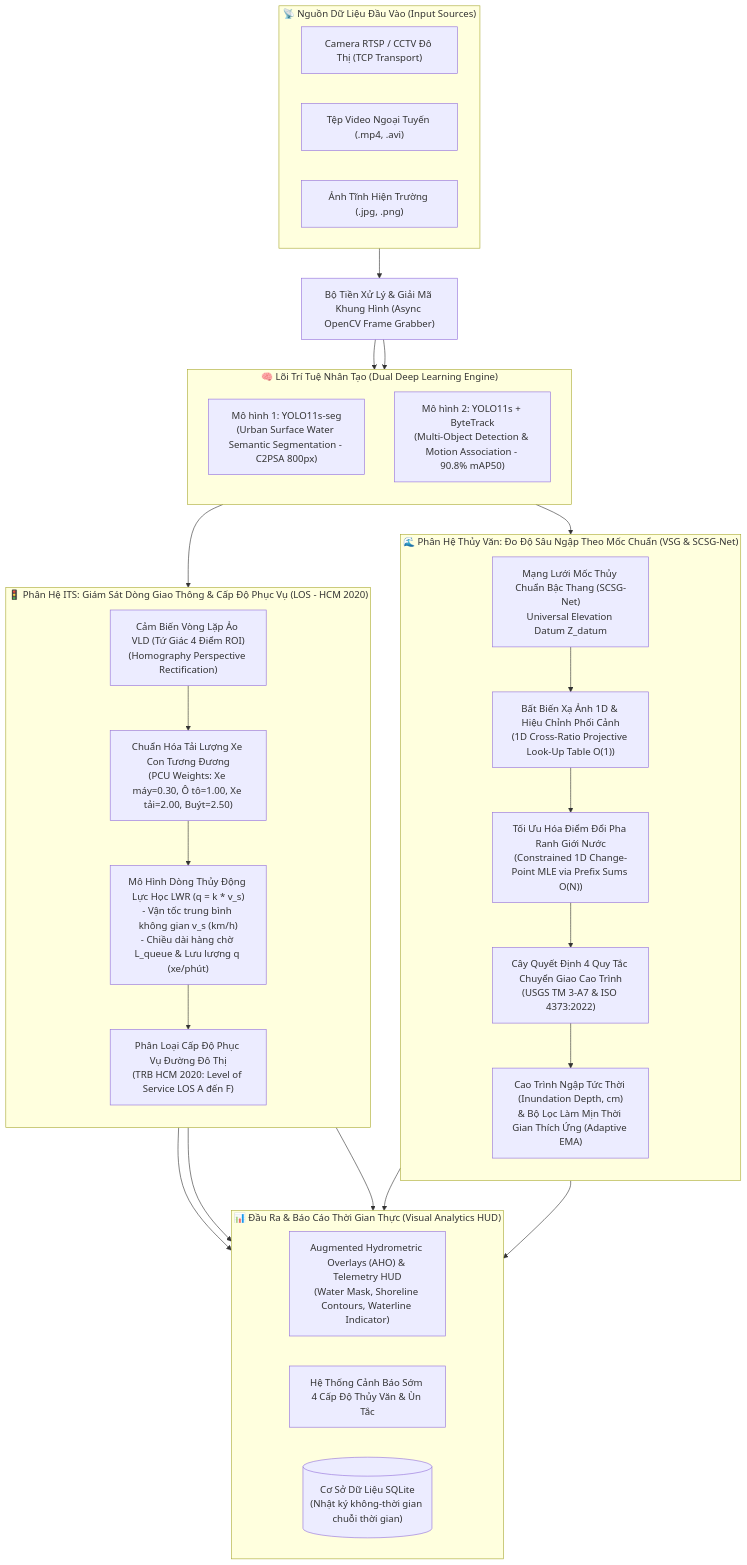
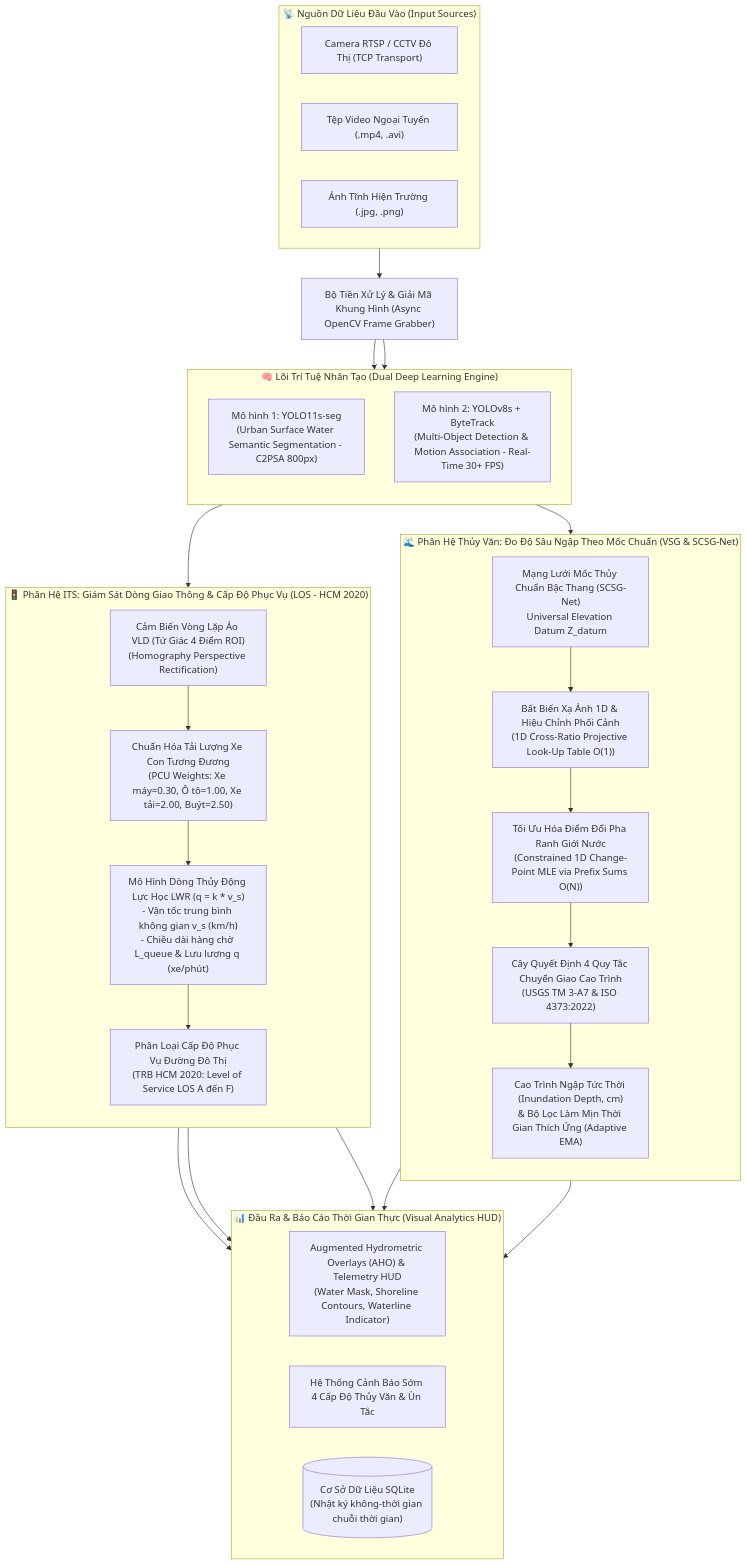
One commit to NguyenThanhThiet87/-AI-Urban-Flood-Traffic changed the diagram in README.md. Above: the diagram before and after it, drawn with Mermaid. The commit also changed other lines of this file and 2 other files, not shown here.

Commit message:
refactor: switch traffic monitoring back to YOLOv8s for high recall vehicle tracking and 640px real-time inference

````diff
--- a/README.md
+++ b/README.md
@@ -42,67 +42,67 @@
 ```mermaid
 flowchart TD
     %% Input Sources
     subgraph INPUT["📡 Nguồn Dữ Liệu Đầu Vào (Input Sources)"]
         direction LR
         IN_RTSP["Camera RTSP / CCTV Đô Thị (TCP Transport)"]
         IN_VID["Tệp Video Ngoại Tuyến (.mp4, .avi)"]
         IN_IMG["Ảnh Tĩnh Hiện Trường (.jpg, .png)"]
     end
 
     INPUT --> PREPROC["Bộ Tiền Xử Lý & Giải Mã Khung Hình (Async OpenCV Frame Grabber)"]
 
     %% AI Core
     subgraph AI_CORE["🧠 Lõi Trí Tuệ Nhân Tạo (Dual Deep Learning Engine)"]
         direction TB
         YOLO_SEG["Mô hình 1: YOLO11s-seg<br/>(Urban Surface Water Semantic Segmentation - C2PSA 800px)"]
-        YOLO_DET["Mô hình 2: YOLO11s + ByteTrack<br/>(Multi-Object Detection & Motion Association - 90.8% mAP50)"]
+        YOLO_DET["Mô hình 2: YOLOv8s + ByteTrack<br/>(Multi-Object Detection & Motion Association - Real-Time 30+ FPS)"]
     end
 
     PREPROC --> YOLO_SEG
     PREPROC --> YOLO_DET
 
     %% Phân hệ 1: Đo độ sâu nước ngập
     subgraph SUB1["🌊 Phân Hệ Thủy Văn: Đo Độ Sâu Ngập Theo Mốc Chuẩn (VSG & SCSG-Net)"]
         direction TB
         GAUGE["Mạng Lưới Mốc Thủy Chuẩn Bậc Thang (SCSG-Net)<br/>Universal Elevation Datum Z_datum"]
         PROJ_LUT["Bất Biến Xạ Ảnh 1D & Hiệu Chỉnh Phối Cảnh<br/>(1D Cross-Ratio Projective Look-Up Table O(1))"]
         CHANGE_POINT["Tối Ưu Hóa Điểm Đổi Pha Ranh Giới Nước<br/>(Constrained 1D Change-Point MLE via Prefix Sums O(N))"]
         CASCADING["Cây Quyết Định 4 Quy Tắc Chuyển Giao Cao Trình<br/>(USGS TM 3-A7 & ISO 4373:2022)"]
         FLOOD_DEPTH["Cao Trình Ngập Tức Thời (Inundation Depth, cm)<br/>& Bộ Lọc Làm Mịn Thời Gian Thích Ứng (Adaptive EMA)"]
 
         GAUGE --> PROJ_LUT
         PROJ_LUT --> CHANGE_POINT
         CHANGE_POINT --> CASCADING
         CASCADING --> FLOOD_DEPTH
     end
 
     %% Phân hệ 2: Đo độ ùn tắc giao thông
     subgraph SUB2["🚦 Phân Hệ ITS: Giám Sát Dòng Giao Thông & Cấp Độ Phục Vụ (LOS - HCM 2020)"]
         direction TB
         ROI["Cảm Biến Vòng Lặp Ảo VLD (Tứ Giác 4 Điểm ROI)<br/>(Homography Perspective Rectification)"]
         PCU["Chuẩn Hóa Tải Lượng Xe Con Tương Đương<br/>(PCU Weights: Xe máy=0.30, Ô tô=1.00, Xe tải=2.00, Buýt=2.50)"]
         METRICS["Mô Hình Dòng Thủy Động Lực Học LWR (q = k * v_s)<br/>- Vận tốc trung bình không gian v_s (km/h)<br/>- Chiều dài hàng chờ L_queue & Lưu lượng q (xe/phút)"]
         STATE["Phân Loại Cấp Độ Phục Vụ Đường Đô Thị<br/>(TRB HCM 2020: Level of Service LOS A đến F)"]
 
         ROI --> PCU
         PCU --> METRICS
         METRICS --> STATE
     end
 
     YOLO_SEG --> CHANGE_POINT
     YOLO_DET --> ROI
 
     %% Outputs
     subgraph OUTPUT["📊 Đầu Ra & Báo Cáo Thời Gian Thực (Visual Analytics HUD)"]
         direction LR
         HUD["Augmented Hydrometric Overlays (AHO) & Telemetry HUD<br/>(Water Mask, Shoreline Contours, Waterline Indicator)"]
         ALARM["Hệ Thống Cảnh Báo Sớm 4 Cấp Độ Thủy Văn & Ùn Tắc"]
         DB[("Cơ Sở Dữ Liệu SQLite<br/>(Nhật ký không-thời gian chuỗi thời gian)")]
     end
 
     FLOOD_DEPTH --> HUD
     FLOOD_DEPTH --> ALARM
     STATE --> HUD
     STATE --> ALARM
     STATE --> DB
 ```
````
